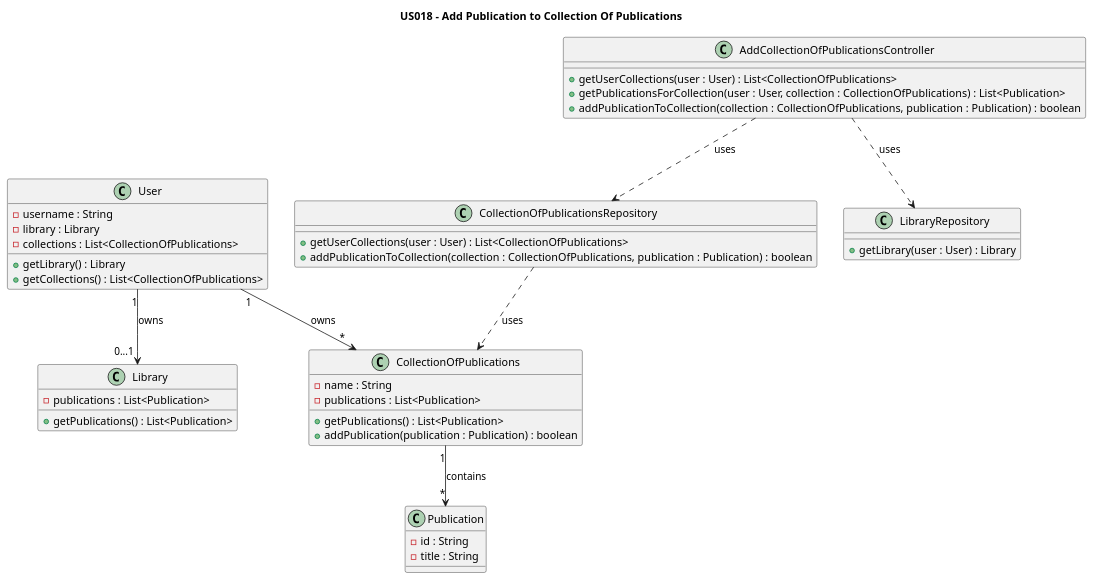
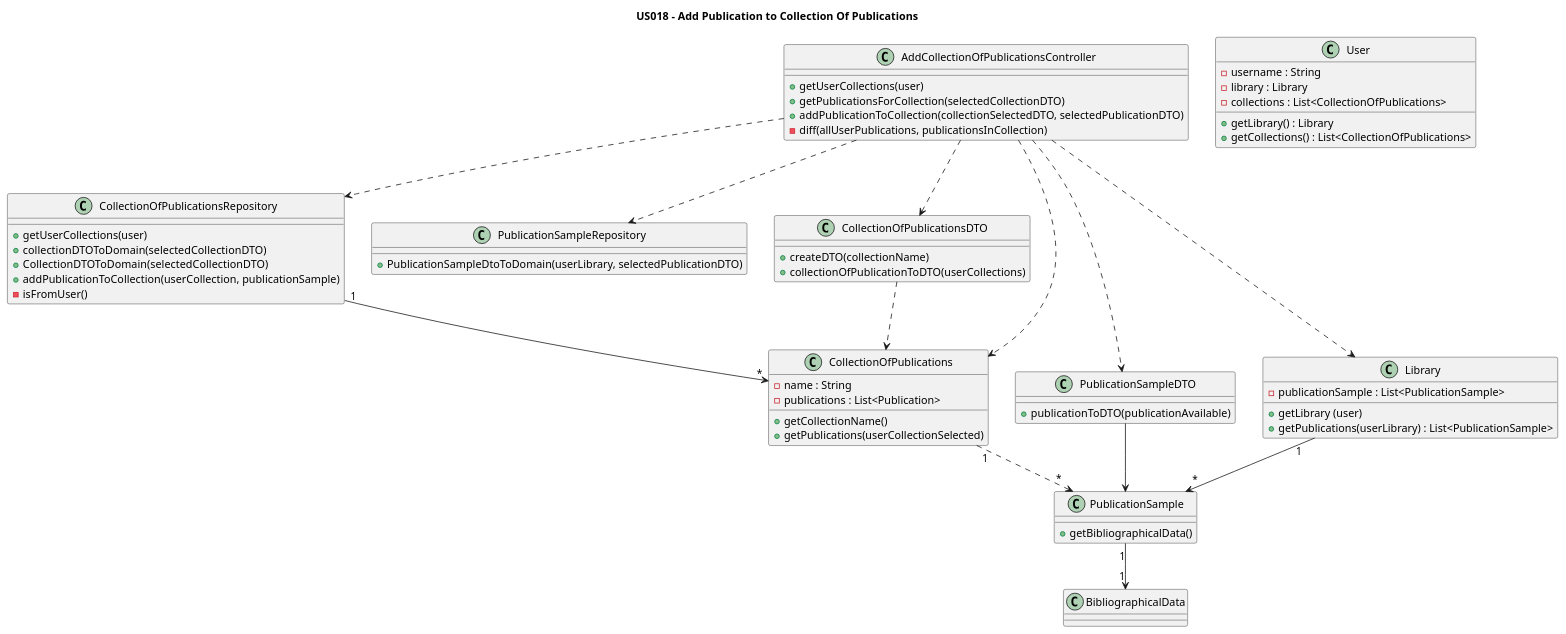
The diagram in Diagrams/ClassDiagrams/US018-to-add-publication-to-list.puml (AndrePereiraGitH/SWitCH-Project-Team_A), drawn with PlantUML before and after one commit. The commit also changed 1 other file, not shown here.

Commit message:
Closes #176, Updating SD and CD for US018 to add publication to collection of publication

```diff
--- a/Diagrams/ClassDiagrams/US018-to-add-publication-to-list.puml
+++ b/Diagrams/ClassDiagrams/US018-to-add-publication-to-list.puml
@@ -1,71 +1,102 @@
 @startuml
 title US018 - Add Publication to Collection Of Publications
+
+' ======================
+' Controller
+' ======================
+
+class AddCollectionOfPublicationsController {
+    +getUserCollections(user)
+    +getPublicationsForCollection(selectedCollectionDTO)
+    +addPublicationToCollection(collectionSelectedDTO, selectedPublicationDTO)
+    -diff(allUserPublications, publicationsInCollection)
+}
+
+' ======================
+' Repository
+' ======================
+
+class CollectionOfPublicationsRepository {
+    +getUserCollections(user)
+    +collectionDTOToDomain(selectedCollectionDTO)
+    +CollectionDTOToDomain(selectedCollectionDTO)
+    +addPublicationToCollection(userCollection, publicationSample)
+    -isFromUser()
+}
+
+class PublicationSampleRepository {
+    +PublicationSampleDtoToDomain(userLibrary, selectedPublicationDTO)
+}
+
+
+' ======================
+' DTO
+' ======================
+
+class CollectionOfPublicationsDTO {
+    +createDTO(collectionName)
+    +collectionOfPublicationToDTO(userCollections)
+}
+
+class PublicationSampleDTO {
+    +publicationToDTO(publicationAvailable)
+}
 
 ' ======================
 ' Domain
 ' ======================
 
 class User {
   - username : String
   - library : Library
   - collections : List<CollectionOfPublications>
   + getLibrary() : Library
   + getCollections() : List<CollectionOfPublications>
 }
 
-class Publication {
-  - id : String
-  - title : String
-
-}
 
 class CollectionOfPublications {
   - name : String
   - publications : List<Publication>
 
-  + getPublications() : List<Publication>
-  + addPublication(publication : Publication) : boolean
+    +getCollectionName()
+    +getPublications(userCollectionSelected)
+}
+
+class Library {
+  - publicationSample : List<PublicationSample>
+    + getLibrary (user)
+    + getPublications(userLibrary) : List<PublicationSample>
 
 }
 
-class Library {
-- publications : List<Publication>
-+ getPublications() : List<Publication>
-
+class PublicationSample {
+    +getBibliographicalData()
 }
 
-User "1" --> "*" CollectionOfPublications : owns
-CollectionOfPublications "1" --> "*" Publication : contains
-User "1" --> "0...1 " Library : owns
+class BibliographicalData
+
 
 ' ======================
-
-class AddCollectionOfPublicationsController {
- + getUserCollections(user : User) : List<CollectionOfPublications>
- + getPublicationsForCollection(user : User, collection : CollectionOfPublications) : List<Publication>
- + addPublicationToCollection(collection : CollectionOfPublications, publication : Publication) : boolean
-
-}
-
-' ======================
-' Persistence
+' Associations
 ' ======================
 
-class CollectionOfPublicationsRepository {
-  + getUserCollections(user : User) : List<CollectionOfPublications>
-  + addPublicationToCollection(collection : CollectionOfPublications, publication : Publication) : boolean
-}
+AddCollectionOfPublicationsController ..> CollectionOfPublicationsRepository
+AddCollectionOfPublicationsController ..> CollectionOfPublicationsDTO
+AddCollectionOfPublicationsController ..> PublicationSampleDTO
+AddCollectionOfPublicationsController ..> PublicationSampleRepository
+AddCollectionOfPublicationsController ..> Library
+AddCollectionOfPublicationsController ..> CollectionOfPublications
 
-class LibraryRepository {
-  + getLibrary(user : User) : Library
-}
+CollectionOfPublicationsRepository "1" --> "*" CollectionOfPublications
 
-' ======================
-' Dependencies
-' ======================
+CollectionOfPublicationsDTO ..> CollectionOfPublications
 
-AddCollectionOfPublicationsController ..> CollectionOfPublicationsRepository : uses
-AddCollectionOfPublicationsController ..> LibraryRepository : uses
-CollectionOfPublicationsRepository ..> CollectionOfPublications : uses
+CollectionOfPublications "1" ..> "*" PublicationSample
+
+Library "1" --> "*" PublicationSample
+
+PublicationSampleDTO --> PublicationSample
+PublicationSample "1" --> "1" BibliographicalData
 
 @enduml
```
